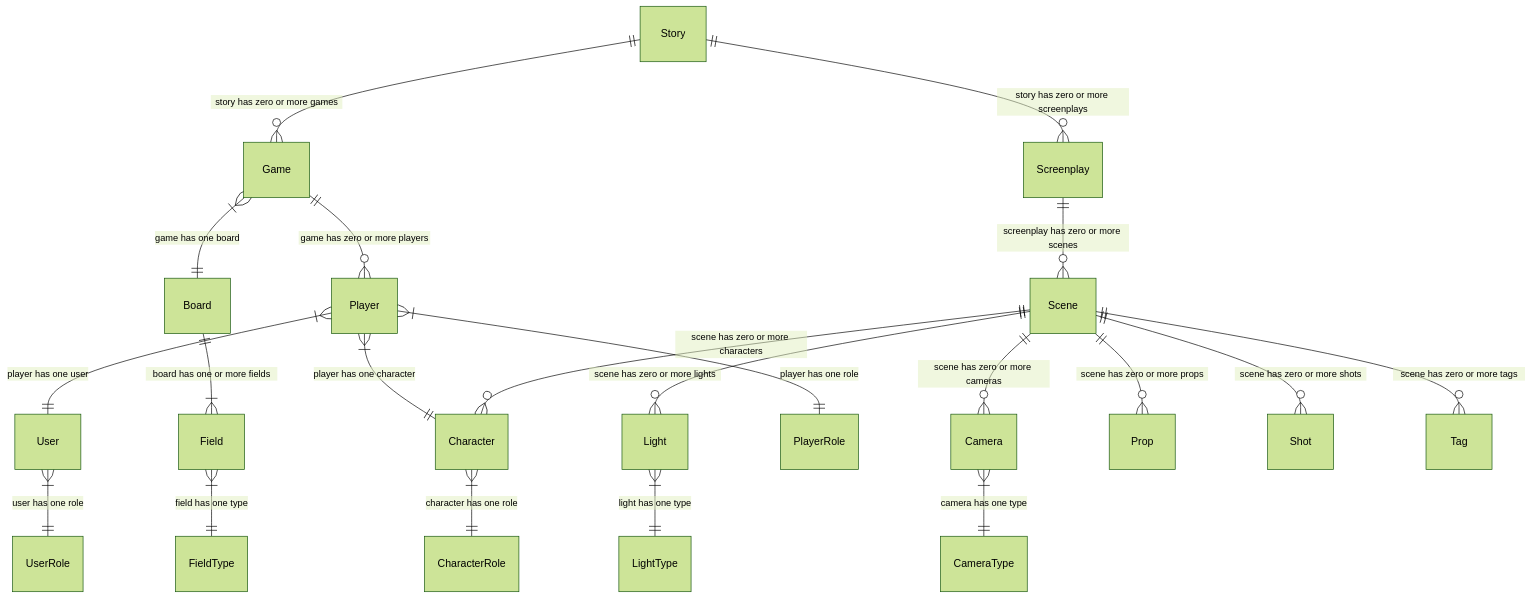
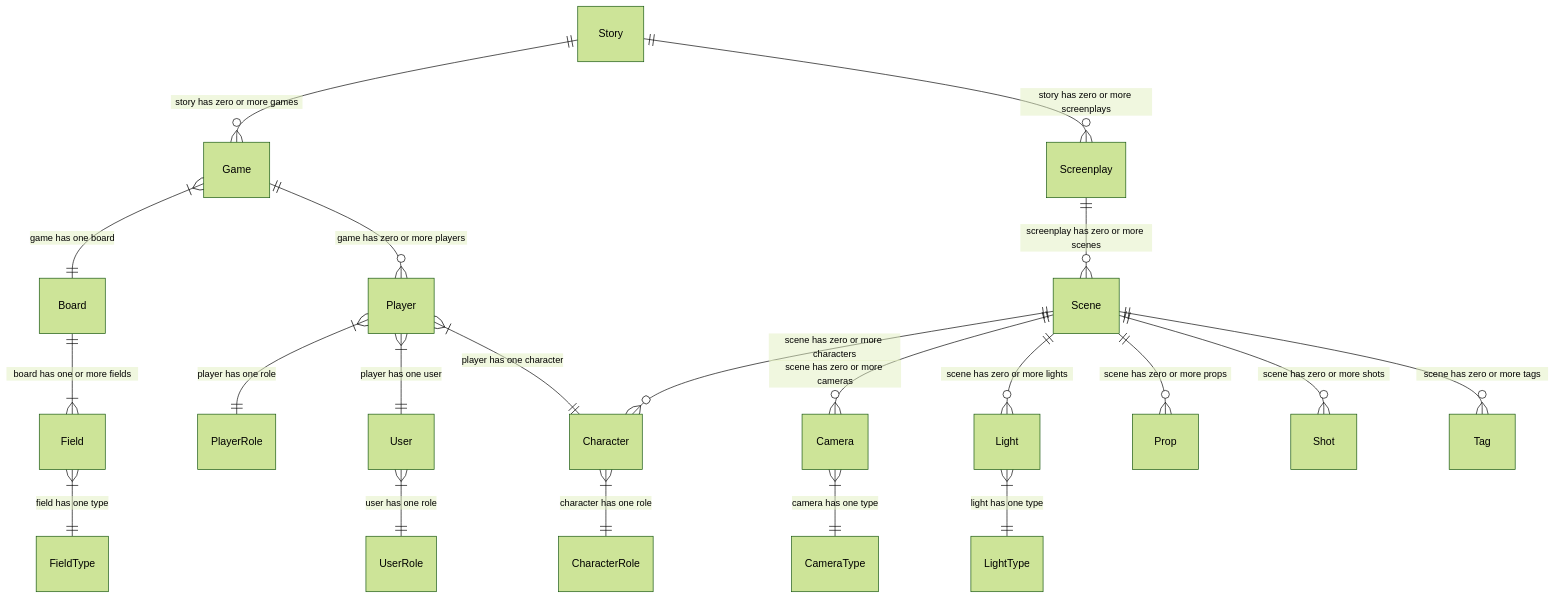
The diagram in 300/900/README.md (vanHeemstraSystems/flask-babylonjs), drawn with Mermaid (forest theme) before and after one commit.

````diff
--- a/300/900/README.md
+++ b/300/900/README.md
@@ -3,33 +3,23 @@
 ``` mermaid
 erDiagram
+    Story ||--o{ Game : "story has zero or more games"
+    Game }|--|| Board : "game has one board"
     Board ||--|{ Field : "board has one or more fields"
     Camera }|--|| CameraType : "camera has one type"
-    CameraType
     Character }|--|| CharacterRole : "character has one role"
-    CharacterRole
     Field }|--|| FieldType : "field has one type"
-    Field
-    FieldType
-    Game }|--|| Board : "game has one board"
     Game ||--o{ Player : "game has zero or more players"
     Light }|--|| LightType : "light has one type"
-    LightType
     Player }|--|| PlayerRole : "player has one role"
     Player }|--|| User : "player has one user"  
     Player }|--|| Character : "player has one character"  
-    PlayerRole
-    Prop
+    Story ||--o{ Screenplay : "story has zero or more screenplays"
     Screenplay ||--o{ Scene : "screenplay has zero or more scenes"
     Scene ||--o{ Character : "scene has zero or more characters"
     Scene ||--o{ Camera : "scene has zero or more cameras"
     Scene ||--o{ Light : "scene has zero or more lights"
     Scene ||--o{ Prop : "scene has zero or more props"
     Scene ||--o{ Shot : "scene has zero or more shots"    
     Scene ||--o{ Tag : "scene has zero or more tags"
-    Shot
-    Story ||--o{ Screenplay : "story has zero or more screenplays"
-    Story ||--o{ Game : "story has zero or more games"    
-    Tag
     User }|--|| UserRole : "user has one role"
-    UserRole
 ```
````
